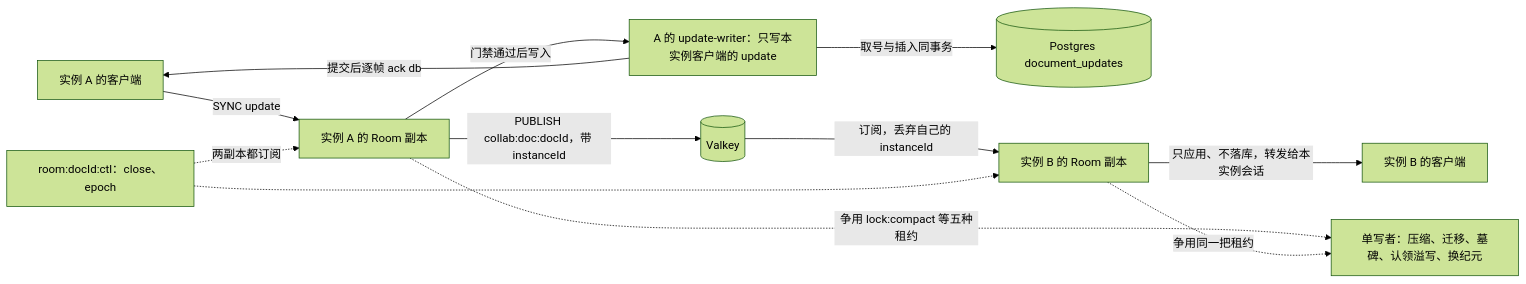
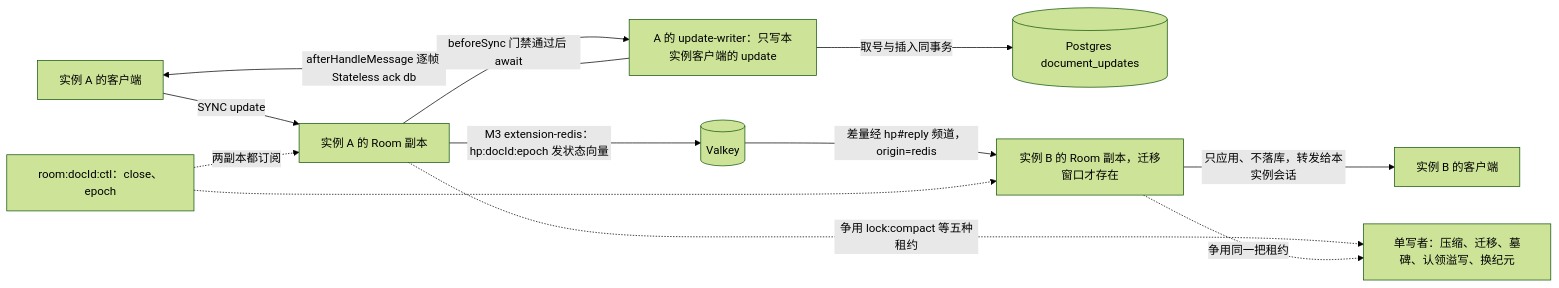
The fourth of 9 diagrams in docs/60-backend/05-modules-collab-and-snapshots.md (Xeonice/cordis-ppt-editor), drawn with Mermaid (forest theme) before and after one commit. The commit also changed other lines of this file and 19 other files, not shown here.

````diff
--- a/docs/60-backend/05-modules-collab-and-snapshots.md
+++ b/docs/60-backend/05-modules-collab-and-snapshots.md
@@ -342,14 +387,14 @@
 ```mermaid
 flowchart LR
   ca["实例 A 的客户端"] -- "SYNC update" --> ra["实例 A 的 Room 副本"]
-  ra -- "门禁通过后写入" --> writer["A 的 update-writer：只写本实例客户端的 update"]
+  ra -- "beforeSync 门禁通过后 await" --> writer["A 的 update-writer：只写本实例客户端的 update"]
   writer -- "取号与插入同事务" --> pg[("Postgres document_updates")]
-  writer -- "提交后逐帧 ack db" --> ca
-  ra -- "PUBLISH collab:doc:docId，带 instanceId" --> vk[("Valkey")]
-  vk -- "订阅，丢弃自己的 instanceId" --> rb["实例 B 的 Room 副本"]
+  writer -- "afterHandleMessage 逐帧 Stateless ack db" --> ca
+  ra -- "M3 extension-redis：hp:docId:epoch 发状态向量" --> vk[("Valkey")]
+  vk -- "差量经 hp#reply 频道，origin=redis" --> rb["实例 B 的 Room 副本，迁移窗口才存在"]
   rb -- "只应用、不落库，转发给本实例会话" --> cb["实例 B 的客户端"]
   ra -. "争用 lock:compact 等五种租约" .-> lease["单写者：压缩、迁移、墓碑、认领溢写、换纪元"]
   rb -. "争用同一把租约" .-> lease
   ctl["room:docId:ctl：close、epoch"] -. "两副本都订阅" .-> ra
   ctl -.-> rb
 ```
````
